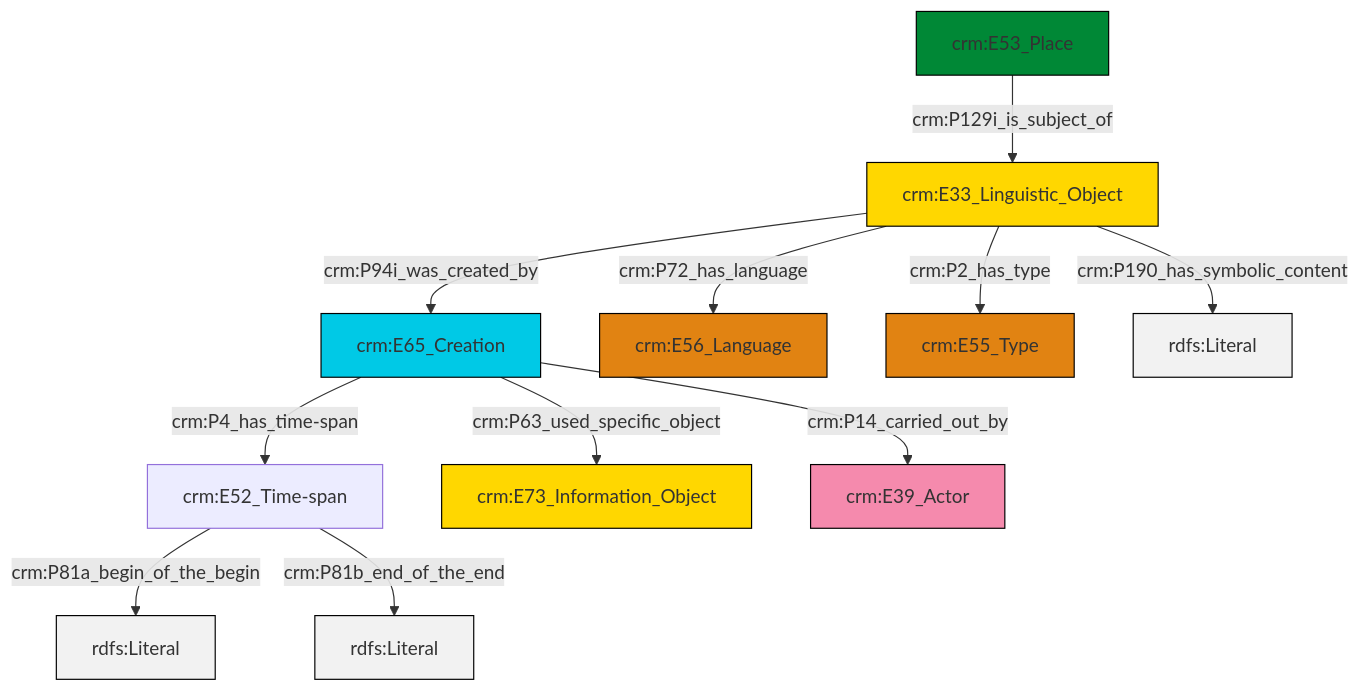
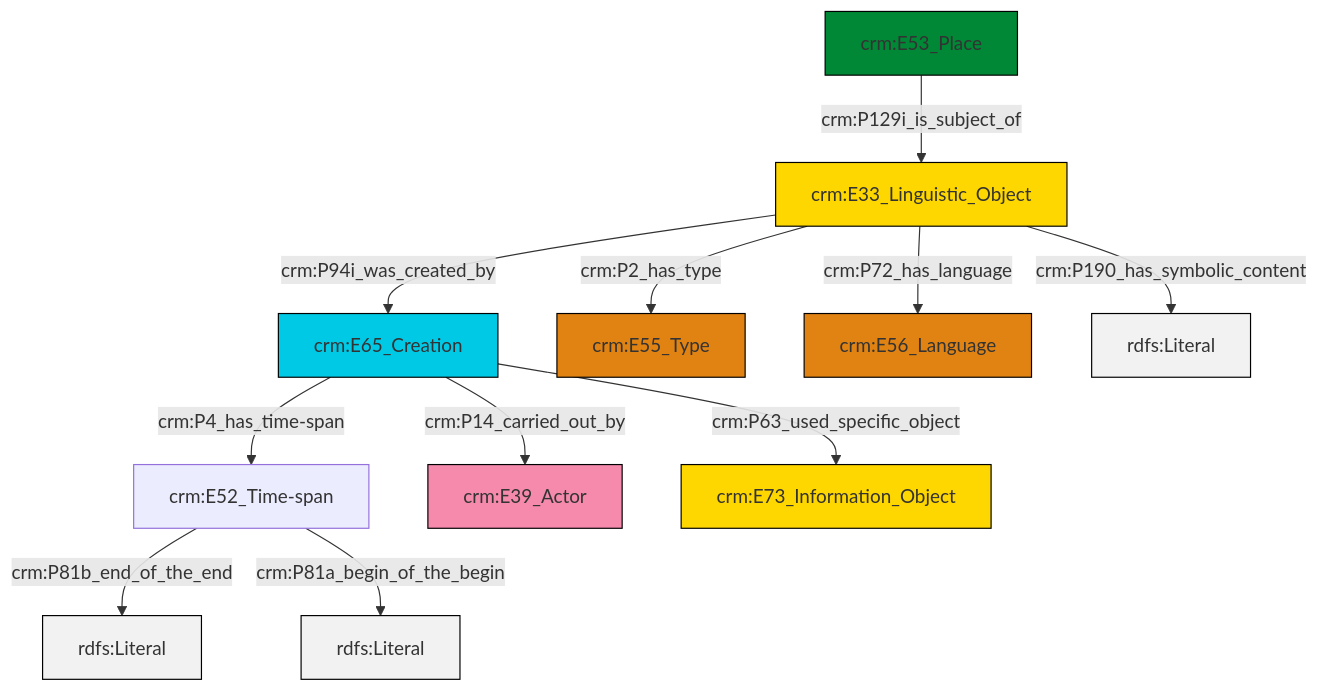
Before and after one commit to swiss-art-research-net/docs.swissartresearch: the diagram in et/placeCSV/ttl/mmd/place_description.ttl.mmd, drawn with Mermaid. The commit also changed 204 other files, not shown here.

```diff
--- a/et/placeCSV/ttl/mmd/place_description.ttl.mmd
+++ b/et/placeCSV/ttl/mmd/place_description.ttl.mmd
@@ -1,25 +1,25 @@
 graph TD
 classDef Literal fill:#f2f2f2,stroke:#000000;
 classDef CRM_Entity fill:#FFFFFF,stroke:#000000;
 classDef Temporal_Entity fill:#00C9E6, stroke:#000000;
 classDef Type fill:#E18312, stroke:#000000;
 classDef Time-Span fill:#2C9C91, stroke:#000000;
 classDef Appellation fill:#FFEB7F, stroke:#000000;
 classDef Place fill:#008836, stroke:#000000;
 classDef Persistent_Item fill:#B266B2, stroke:#000000;
 classDef Conceptual_Object fill:#FFD700, stroke:#000000;
 classDef Physical_Thing fill:#D2B48C, stroke:#000000;
 classDef Actor fill:#f58aad, stroke:#000000;
 classDef PC_Classes fill:#4ce600, stroke:#000000;
 classDef Multi fill:#cccccc,stroke:#000000;
 
-0["crm:E65_Creation"]:::Temporal_Entity -->|crm:P4_has_time-span| 1["crm:E52_Time-span"]:::Default
-3["crm:E33_Linguistic_Object"]:::Conceptual_Object -->|crm:P72_has_language| 4["crm:E56_Language"]:::Type
-0["crm:E65_Creation"]:::Temporal_Entity -->|crm:P63_used_specific_object| 5["crm:E73_Information_Object"]:::Conceptual_Object
-1["crm:E52_Time-span"]:::Default -->|crm:P81a_begin_of_the_begin| 6[rdfs:Literal]:::Literal
-0["crm:E65_Creation"]:::Temporal_Entity -->|crm:P14_carried_out_by| 9["crm:E39_Actor"]:::Actor
-3["crm:E33_Linguistic_Object"]:::Conceptual_Object -->|crm:P94i_was_created_by| 0["crm:E65_Creation"]:::Temporal_Entity
-1["crm:E52_Time-span"]:::Default -->|crm:P81b_end_of_the_end| 16[rdfs:Literal]:::Literal
-3["crm:E33_Linguistic_Object"]:::Conceptual_Object -->|crm:P190_has_symbolic_content| 18[rdfs:Literal]:::Literal
-3["crm:E33_Linguistic_Object"]:::Conceptual_Object -->|crm:P2_has_type| 7["crm:E55_Type"]:::Type
-12["crm:E53_Place"]:::Place -->|crm:P129i_is_subject_of| 3["crm:E33_Linguistic_Object"]:::Conceptual_Object
+0["crm:E52_Time-span"]:::Default -->|crm:P81b_end_of_the_end| 1[rdfs:Literal]:::Literal
+2["crm:E65_Creation"]:::Temporal_Entity -->|crm:P14_carried_out_by| 3["crm:E39_Actor"]:::Actor
+9["crm:E33_Linguistic_Object"]:::Conceptual_Object -->|crm:P72_has_language| 7["crm:E56_Language"]:::Type
+2["crm:E65_Creation"]:::Temporal_Entity -->|crm:P4_has_time-span| 0["crm:E52_Time-span"]:::Default
+9["crm:E33_Linguistic_Object"]:::Conceptual_Object -->|crm:P2_has_type| 4["crm:E55_Type"]:::Type
+0["crm:E52_Time-span"]:::Default -->|crm:P81a_begin_of_the_begin| 11[rdfs:Literal]:::Literal
+13["crm:E53_Place"]:::Place -->|crm:P129i_is_subject_of| 9["crm:E33_Linguistic_Object"]:::Conceptual_Object
+9["crm:E33_Linguistic_Object"]:::Conceptual_Object -->|crm:P190_has_symbolic_content| 15[rdfs:Literal]:::Literal
+2["crm:E65_Creation"]:::Temporal_Entity -->|crm:P63_used_specific_object| 16["crm:E73_Information_Object"]:::Conceptual_Object
+9["crm:E33_Linguistic_Object"]:::Conceptual_Object -->|crm:P94i_was_created_by| 2["crm:E65_Creation"]:::Temporal_Entity
```
